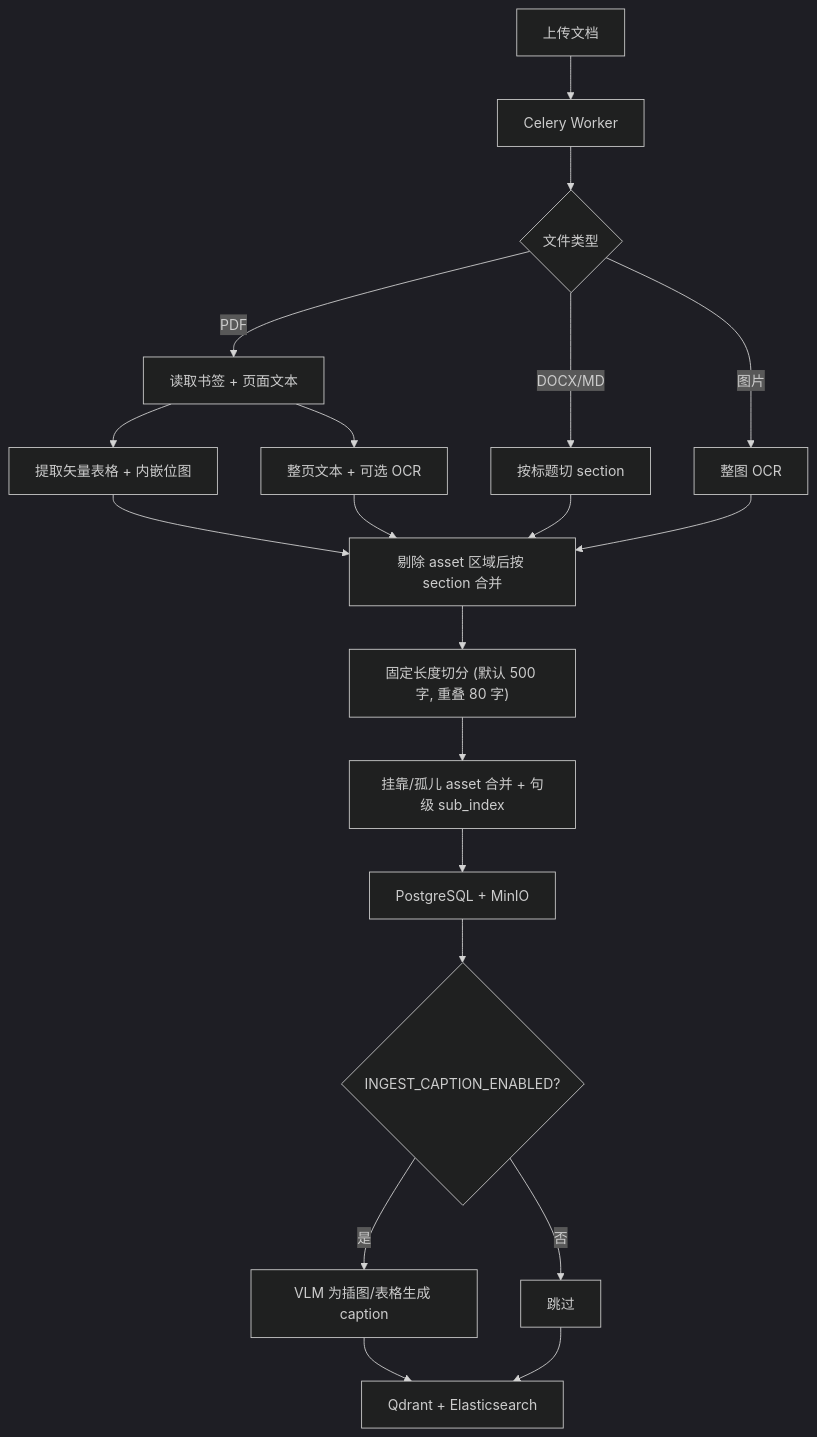
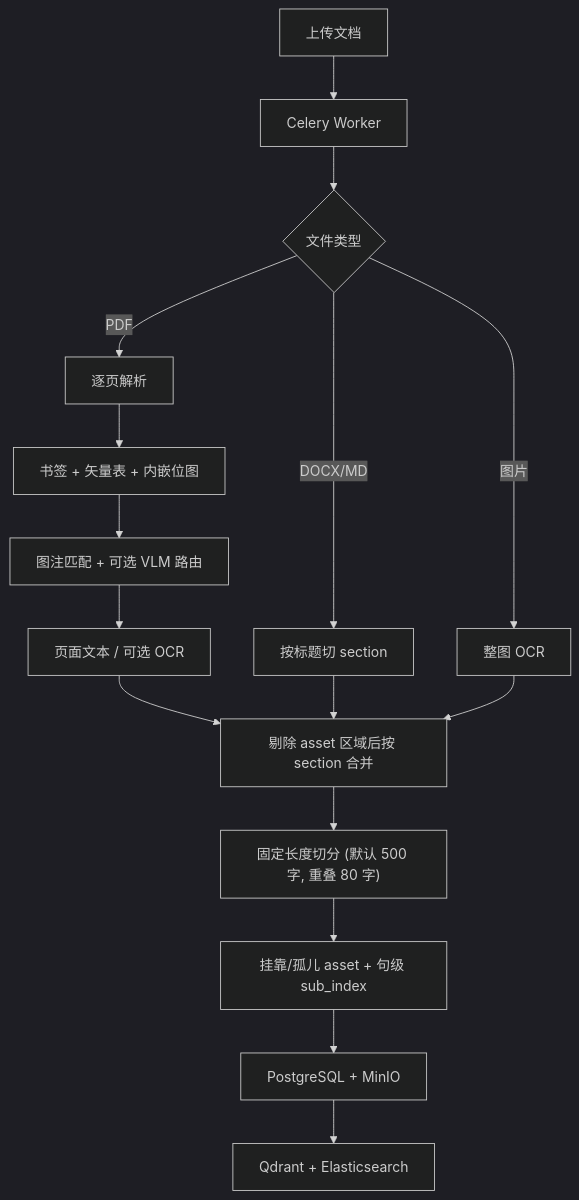
Before and after one commit to zJustHow/AllDocs: the second of 2 diagrams in README.md, drawn with Mermaid (dark theme). The commit also changed other lines of this file and 27 other files, not shown here.

First line of the commit message:
refactor: consolidate VLM ingest path, expand tests, and align docs

````diff
--- a/README.md
+++ b/README.md
@@ -150,22 +151,18 @@
 ```mermaid
 flowchart TD
     A[上传文档] --> B[Celery Worker]
     B --> C{文件类型}
-    C -->|PDF| D[读取书签 + 页面文本]
+    C -->|PDF| D[逐页解析]
     C -->|DOCX/MD| E[按标题切 section]
     C -->|图片| F[整图 OCR]
-    D --> G[提取矢量表格 + 内嵌位图]
-    D --> H[整页文本 + 可选 OCR]
-    G --> I[剔除 asset 区域后按 section 合并]
-    H --> I
-    E --> I
-    F --> I
-    I --> J["固定长度切分 (默认 500 字, 重叠 80 字)"]
-    J --> K[挂靠/孤儿 asset 合并 + 句级 sub_index]
-    K --> L[PostgreSQL + MinIO]
-    L --> M{INGEST_CAPTION_ENABLED?}
-    M -->|是| N[VLM 为插图/表格生成 caption]
-    M -->|否| O[跳过]
-    N --> P[Qdrant + Elasticsearch]
-    O --> P
+    D --> D1[书签 + 矢量表 + 内嵌位图]
+    D1 --> D2[图注匹配 + 可选 VLM 路由]
+    D2 --> D3[页面文本 / 可选 OCR]
+    D3 --> G[剔除 asset 区域后按 section 合并]
+    E --> G
+    F --> G
+    G --> H["固定长度切分 (默认 500 字, 重叠 80 字)"]
+    H --> I[挂靠/孤儿 asset + 句级 sub_index]
+    I --> J[PostgreSQL + MinIO]
+    J --> K[Qdrant + Elasticsearch]
 ```
````
